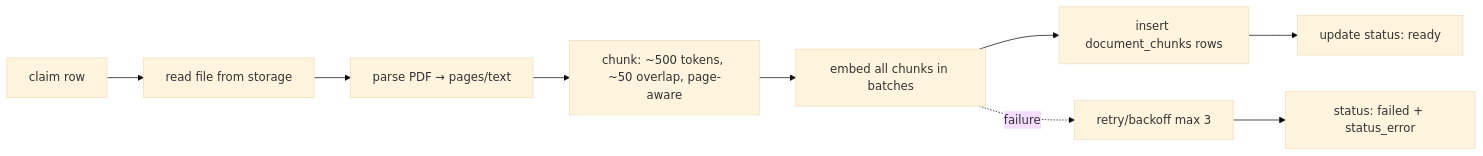
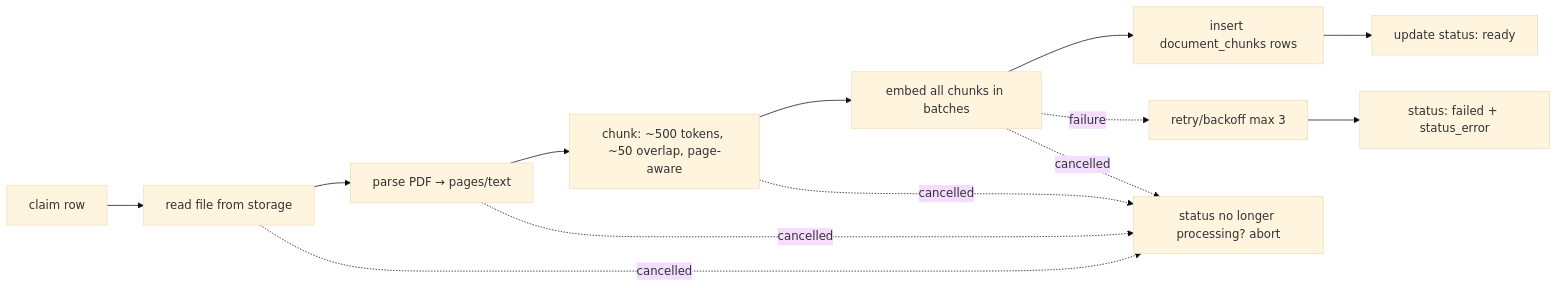
One commit to abdullah-alsharif/Contextly changed the second of 2 diagrams in docs/ingestion.md. Above: the diagram before and after it, drawn with Mermaid (base theme). The commit also changed other lines of this file and 14 other files, not shown here.

````diff
--- a/docs/ingestion.md
+++ b/docs/ingestion.md
@@ -71,11 +86,15 @@
 ```mermaid
 flowchart LR
   L[claim row] --> F[read file from storage]
   F --> P[parse PDF → pages/text]
   P --> C[chunk: ~500 tokens, ~50 overlap, page-aware]
   C --> E[embed all chunks in batches]
   E --> W[insert document_chunks rows]
   W --> T[update status: ready]
   E -. failure .-> R[retry/backoff max 3]
   R --> FAIL[status: failed + status_error]
+  F -. cancelled .-> X[status no longer processing? abort]
+  P -. cancelled .-> X
+  C -. cancelled .-> X
+  E -. cancelled .-> X
 ```
````
